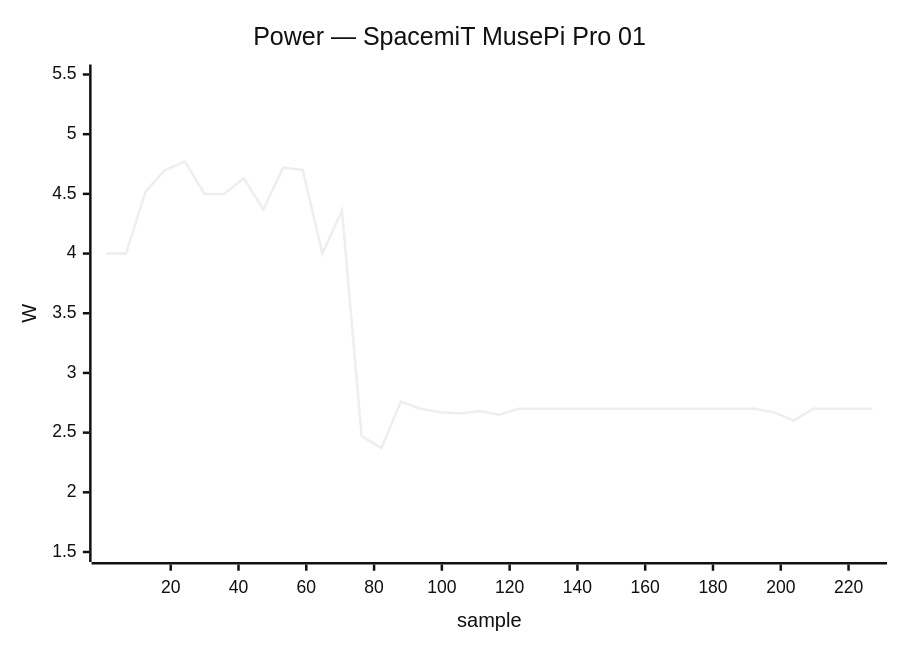
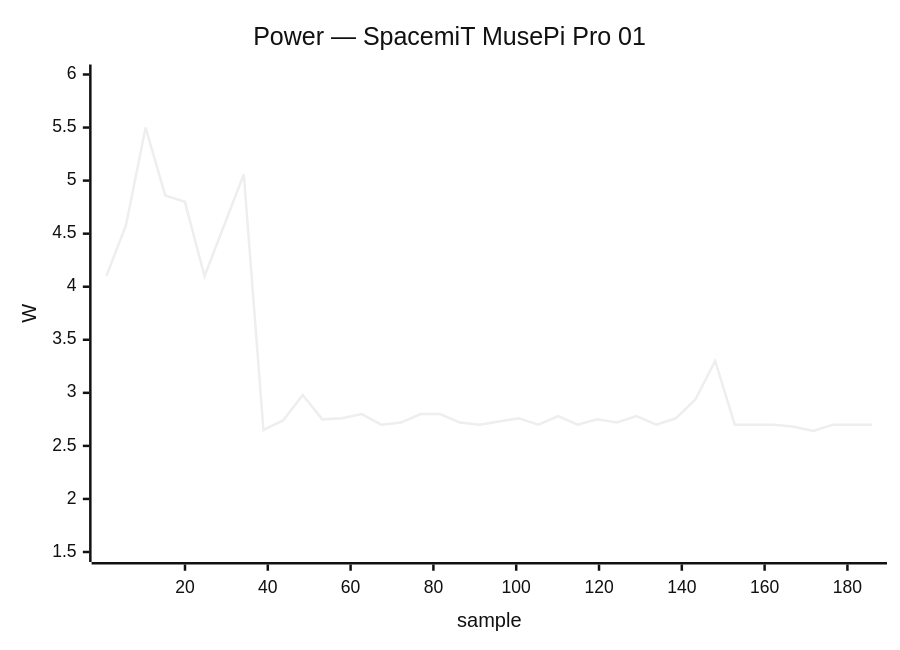
One commit to armbian/documentation changed diagram 20 of 34 in docs/status/board-tests.md. Above: the diagram before and after it, drawn with Mermaid (neutral theme). The commit also changed other lines of this file, not shown here.

````diff
--- a/docs/status/board-tests.md
+++ b/docs/status/board-tests.md
@@ -228,7 +967,7 @@
 ```mermaid
 xychart-beta
     title "Power — SpacemiT MusePi Pro 01"
-    x-axis "sample" 1 --> 227
-    y-axis "W" 1.5 --> 5.5
-    line [4.00, 4.00, 4.52, 4.70, 4.77, 4.50, 4.50, 4.63, 4.37, 4.72, 4.70, 4.00, 4.36, 2.47, 2.37, 2.76, 2.70, 2.67, 2.66, 2.68, 2.65, 2.70, 2.70, 2.70, 2.70, 2.70, 2.70, 2.70, 2.70, 2.70, 2.70, 2.70, 2.70, 2.70, 2.67, 2.60, 2.70, 2.70, 2.70, 2.70]
+    x-axis "sample" 1 --> 186
+    y-axis "W" 1.5 --> 6.0
+    line [4.10, 4.58, 5.50, 4.86, 4.80, 4.10, 4.58, 5.06, 2.65, 2.74, 2.98, 2.75, 2.76, 2.80, 2.70, 2.72, 2.80, 2.80, 2.72, 2.70, 2.73, 2.76, 2.70, 2.78, 2.70, 2.75, 2.72, 2.78, 2.70, 2.76, 2.94, 3.30, 2.70, 2.70, 2.70, 2.68, 2.64, 2.70, 2.70, 2.70]
 ```
````
